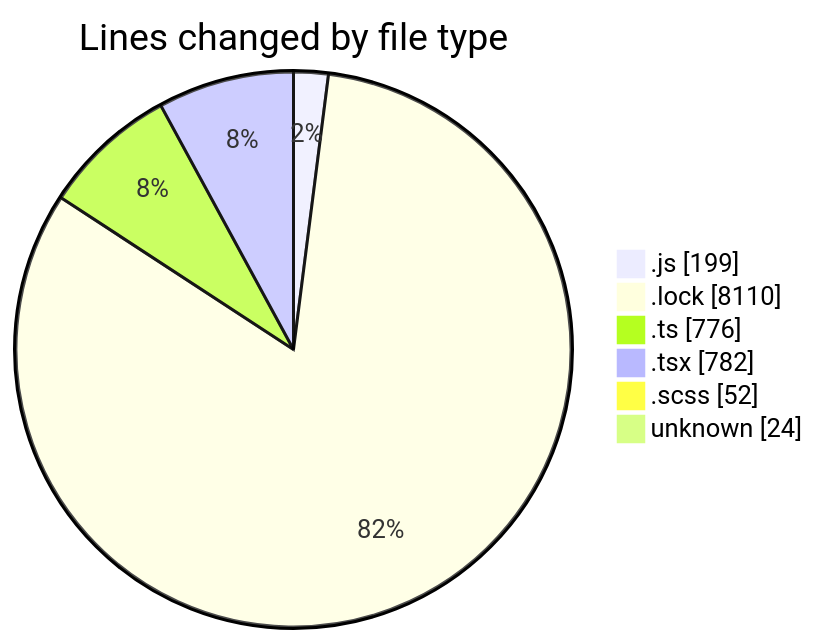
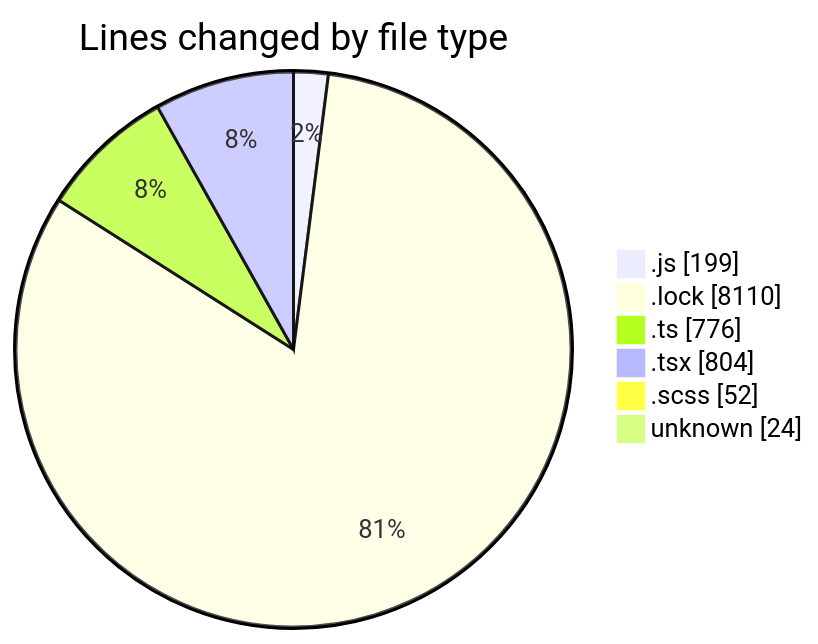
Before and after one commit to momahboobian/code-tracking: the first of 2 diagrams in 2025-02-07/cda/README.md, drawn with Mermaid. The commit also changed other lines of this file and 1 other file, not shown here.

````diff
--- a/2025-02-07/cda/README.md
+++ b/2025-02-07/cda/README.md
@@ -53,10 +53,10 @@
 ```mermaid
 pie showData
 title Lines changed by file type
 ".js" : 199
 ".lock" : 8110
 ".ts" : 776
-".tsx" : 782
+".tsx" : 804
 ".scss" : 52
 "unknown" : 24
 ```
````
